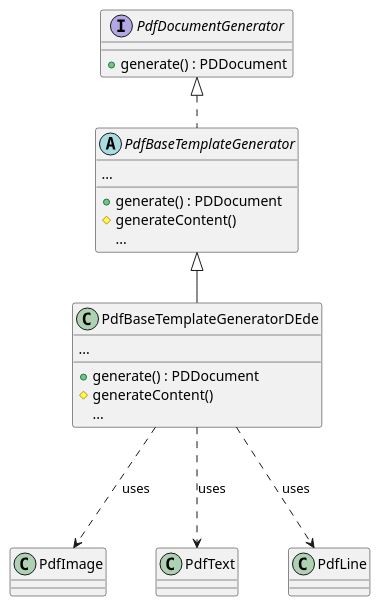
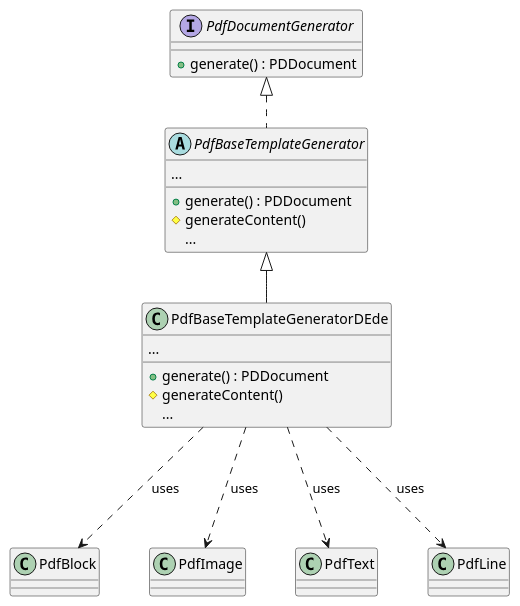
One commit to joheiss/java-pdfdoc-playground changed the diagram in src/main/java/com/jovisco/invoicing/pdf/diagrams/PdfBaseTemplateGenerator.puml. Above: the diagram before and after it, drawn with PlantUML. The commit also changed 15 other files, not shown here.

```diff
--- a/src/main/java/com/jovisco/invoicing/pdf/diagrams/PdfBaseTemplateGenerator.puml
+++ b/src/main/java/com/jovisco/invoicing/pdf/diagrams/PdfBaseTemplateGenerator.puml
@@ -1,28 +1,29 @@
 @startuml
 skinparam nodesep 50
 skinparam ranksep 50
 skinparam class {
   BackgroundColor<<interface>> #ffccff
   BackgroundColor<<abstract>> #ccccff
 }
 
 interface PdfDocumentGenerator {
     + generate() : PDDocument
 }
 abstract class PdfBaseTemplateGenerator implements PdfDocumentGenerator {
     ...
     + generate() : PDDocument
     # generateContent()
     {method} ...
 }
 class PdfBaseTemplateGeneratorDEde extends PdfBaseTemplateGenerator {
     ...
     + generate() : PDDocument
     # generateContent()
     {method} ...
 }
 
+PdfBaseTemplateGeneratorDEde ...> PdfBlock : uses
 PdfBaseTemplateGeneratorDEde ...> PdfImage : uses
 PdfBaseTemplateGeneratorDEde ...> PdfText : uses
 PdfBaseTemplateGeneratorDEde ...> PdfLine : uses
 @enduml
```
